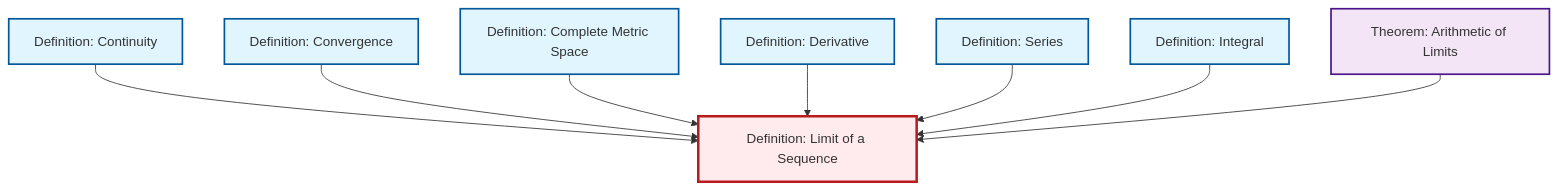
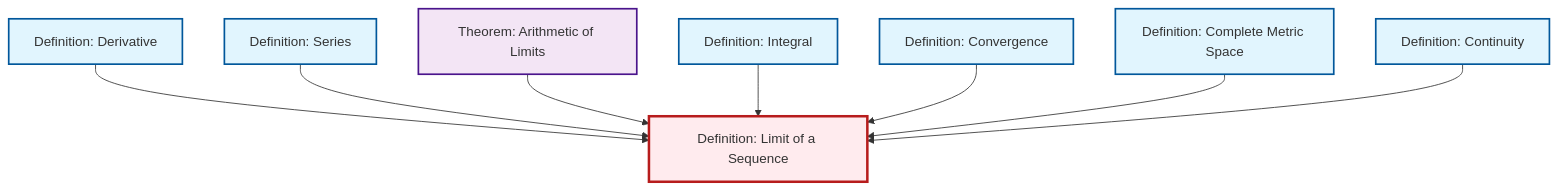
One commit to RK0429/ModernMath changed the diagram in content/en/analysis/def-limit.qmd. Above: the diagram before and after it, drawn with Mermaid. The commit also changed other lines of this file and 360 other files, not shown here.

````diff
--- a/content/en/analysis/def-limit.qmd
+++ b/content/en/analysis/def-limit.qmd
@@ -48,32 +48,32 @@
 ```{mermaid}
 %%| fig-cap: "Local dependency graph"
 graph TD
     classDef definition fill:#e1f5fe,stroke:#01579b,stroke-width:2px
     classDef theorem fill:#f3e5f5,stroke:#4a148c,stroke-width:2px
     classDef axiom fill:#fff3e0,stroke:#e65100,stroke-width:2px
     classDef example fill:#e8f5e9,stroke:#1b5e20,stroke-width:2px
     classDef current fill:#ffebee,stroke:#b71c1c,stroke-width:3px
+    def-derivative["Definition: Derivative"]:::definition
+    thm-limit-arithmetic["Theorem: Arithmetic of Limits"]:::theorem
+    def-convergence["Definition: Convergence"]:::definition
+    def-series["Definition: Series"]:::definition
     def-continuity["Definition: Continuity"]:::definition
     def-limit["Definition: Limit of a Sequence"]:::definition
+    def-integral["Definition: Integral"]:::definition
     def-complete-metric-space["Definition: Complete Metric Space"]:::definition
-    def-derivative["Definition: Derivative"]:::definition
-    def-series["Definition: Series"]:::definition
-    thm-limit-arithmetic["Theorem: Arithmetic of Limits"]:::theorem
-    def-convergence["Definition: Convergence"]:::definition
-    def-integral["Definition: Integral"]:::definition
-    def-continuity --> def-limit
+    def-derivative --> def-limit
+    def-series --> def-limit
+    thm-limit-arithmetic --> def-limit
+    def-integral --> def-limit
     def-convergence --> def-limit
     def-complete-metric-space --> def-limit
-    def-derivative --> def-limit
-    def-series --> def-limit
-    def-integral --> def-limit
-    thm-limit-arithmetic --> def-limit
+    def-continuity --> def-limit
     class def-limit current
-    click def-continuity "def-continuity.html" "Go to Continuity definition"
-    click def-complete-metric-space "def-complete-metric-space.html" "Go to Complete Metric Space definition"
     click def-derivative "def-derivative.html" "Go to Derivative definition"
-    click def-series "def-series.html" "Go to Series definition"
     click thm-limit-arithmetic "thm-limit-arithmetic.html" "Go to Arithmetic of Limits theorem"
     click def-convergence "def-convergence.html" "Go to Convergence definition"
+    click def-series "def-series.html" "Go to Series definition"
+    click def-continuity "def-continuity.html" "Go to Continuity definition"
     click def-integral "def-integral.html" "Go to Integral definition"
+    click def-complete-metric-space "def-complete-metric-space.html" "Go to Complete Metric Space definition"
 ```
````
